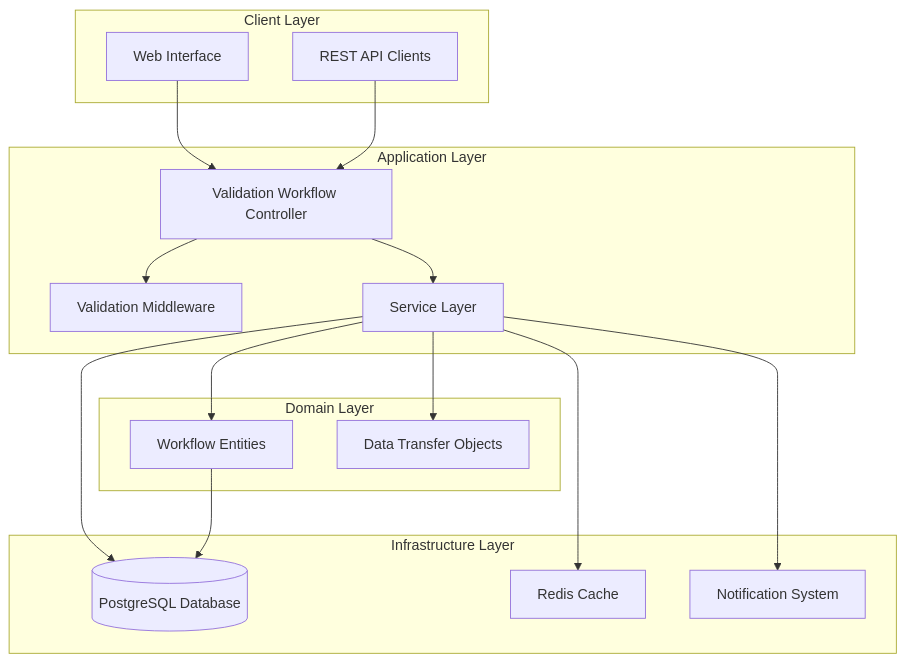
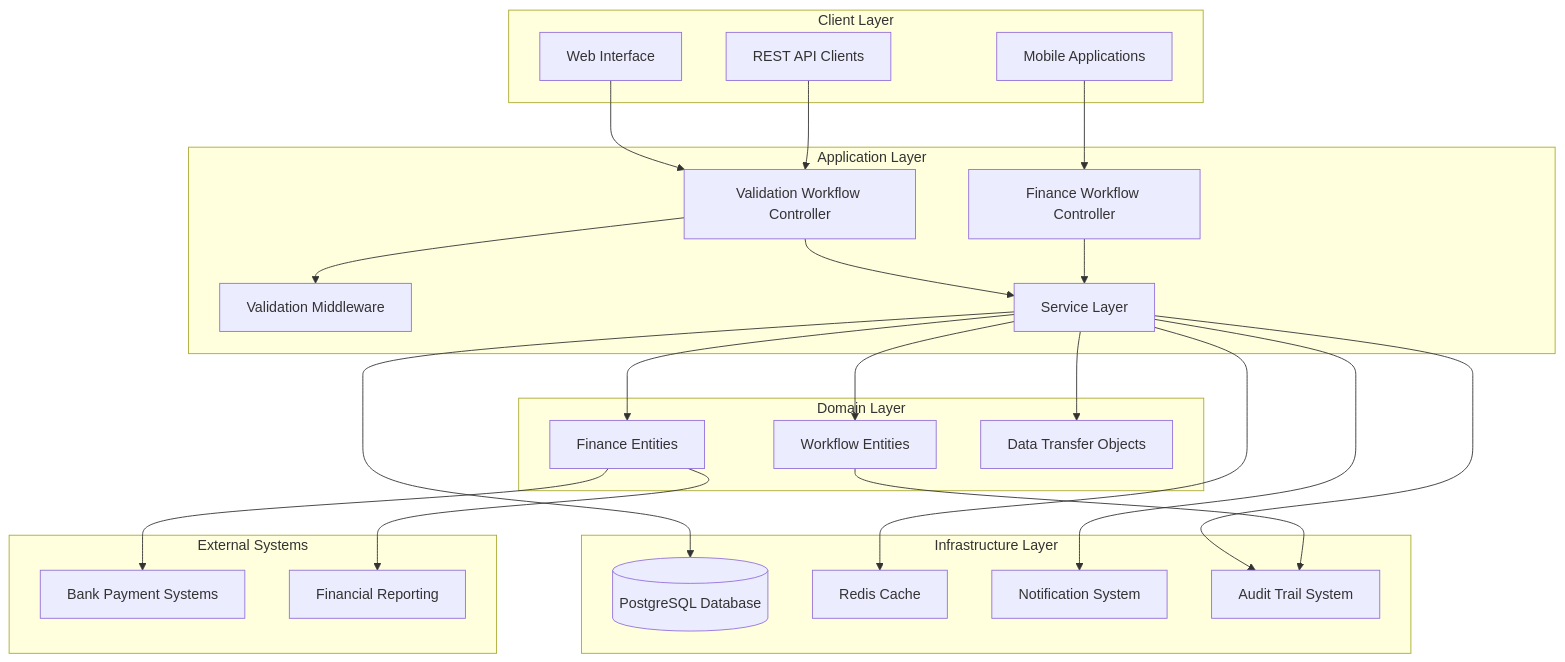
Before and after one commit to franckylab/eLISAschool: the first of 13 diagrams in .qoder/repowiki/en/content/Modules & Features/Validation Workflow System.md, drawn with Mermaid. The commit also changed other lines of this file and 236 other files, not shown here.

````diff
--- a/.qoder/repowiki/en/content/Modules & Features/Validation Workflow System.md
+++ b/.qoder/repowiki/en/content/Modules & Features/Validation Workflow System.md
@@ -44,31 +59,45 @@
 ```mermaid
 graph TB
 subgraph "Client Layer"
 UI[Web Interface]
 API[REST API Clients]
+Mobile[Mobile Applications]
 end
 subgraph "Application Layer"
-Controller[Validation Workflow Controller]
+ValidationController[Validation Workflow Controller]
+FinanceController[Finance Workflow Controller]
 Middleware[Validation Middleware]
 Services[Service Layer]
 end
 subgraph "Domain Layer"
-Entities[Workflow Entities]
+WorkflowEntities[Workflow Entities]
+FinanceEntities[Finance Entities]
 DTOs[Data Transfer Objects]
 end
 subgraph "Infrastructure Layer"
 Database[(PostgreSQL Database)]
 Redis[Redis Cache]
 Notifications[Notification System]
+AuditTrail[Audit Trail System]
 end
-UI --> Controller
-API --> Controller
-Controller --> Middleware
-Controller --> Services
-Services --> Entities
+subgraph "External Systems"
+Banking[Bank Payment Systems]
+Reporting[Financial Reporting]
+end
+UI --> ValidationController
+API --> ValidationController
+Mobile --> FinanceController
+ValidationController --> Middleware
+ValidationController --> Services
+FinanceController --> Services
+Services --> WorkflowEntities
+Services --> FinanceEntities
 Services --> DTOs
 Services --> Database
 Services --> Redis
 Services --> Notifications
-Entities --> Database
+Services --> AuditTrail
+FinanceEntities --> Banking
+FinanceEntities --> Reporting
+WorkflowEntities --> AuditTrail
 ```
````
